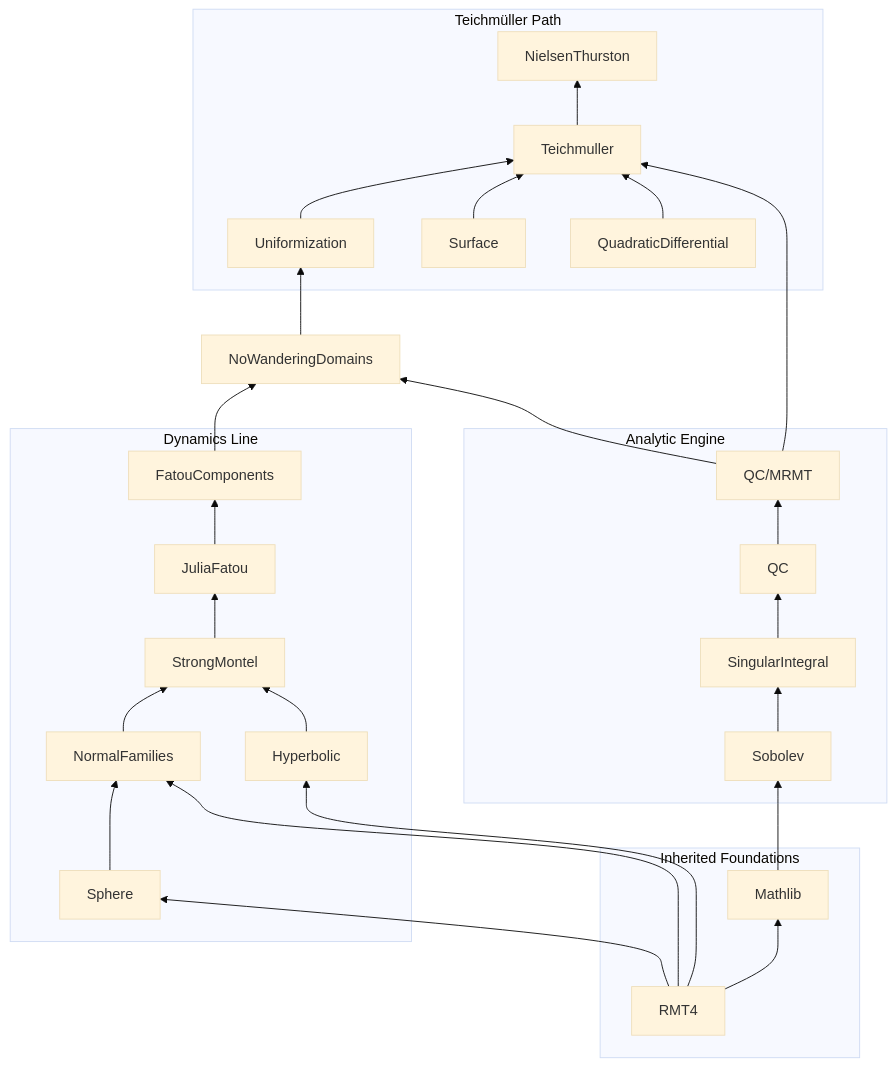
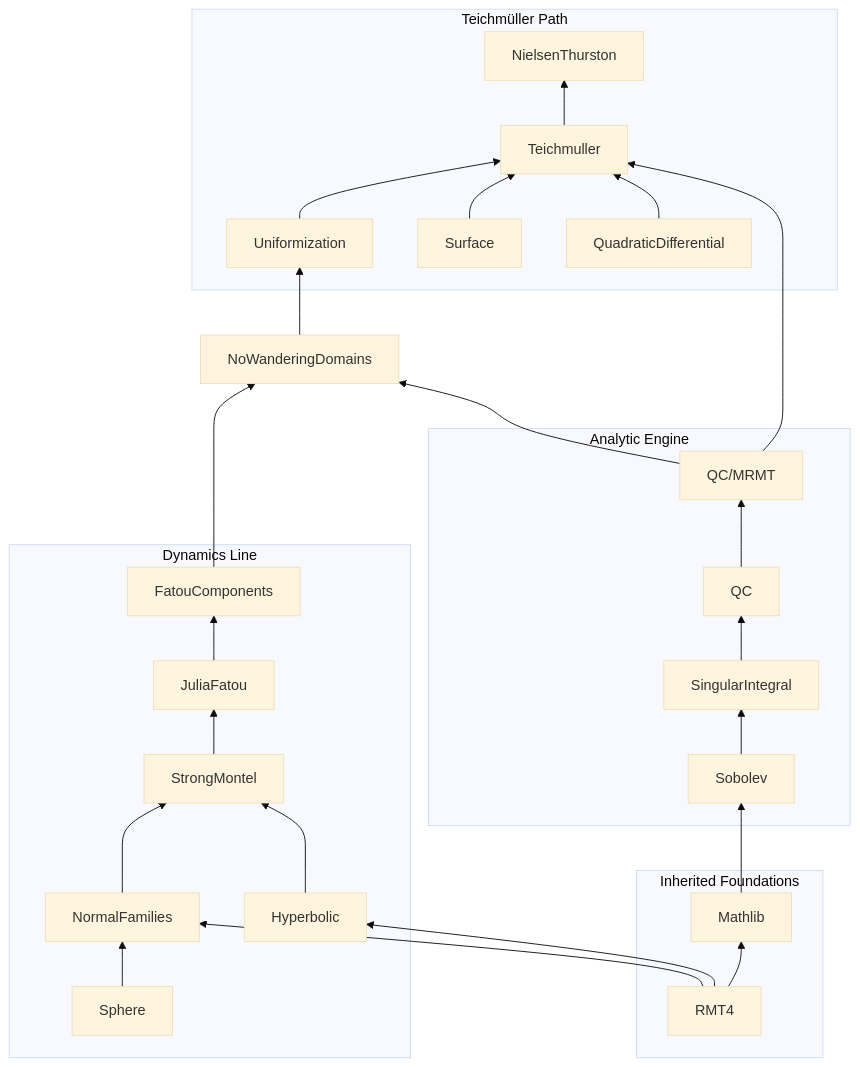
The diagram in README.md (will1491/RiemannDynamics), drawn with Mermaid (base theme) before and after one commit.

````diff
--- a/README.md
+++ b/README.md
@@ -7,59 +7,58 @@
 ```mermaid
 flowchart BT
     subgraph Foundations [Inherited Foundations]
         DirMathlib[Mathlib]
         DirRMT4[RMT4]
         DirRMT4 --> DirMathlib
     end
 
     subgraph DynamicsLine [Dynamics Line]
         DirSphere[Sphere]
         DirNF[NormalFamilies]
         DirHyp[Hyperbolic]
         DirSM[StrongMontel]
         DirJF[JuliaFatou]
         DirFC[FatouComponents]
 
         DirSphere --> DirNF
         DirNF --> DirSM
         DirHyp --> DirSM
         DirSM --> DirJF
         DirJF --> DirFC
     end
 
     subgraph AnalyticEngine [Analytic Engine]
         DirSob[Sobolev]
         DirSI[SingularIntegral]
         DirQC[QC]
         DirMRMT[QC/MRMT]
 
         DirSob --> DirSI
         DirSI --> DirQC
         DirQC --> DirMRMT
     end
 
     DirNWD[NoWanderingDomains]
     DirFC --> DirNWD
     DirMRMT --> DirNWD
 
     subgraph TeichPath [Teichmüller Path]
         DirUnif[Uniformization]
         DirSurf[Surface]
         DirTeich[Teichmuller]
         DirQD[QuadraticDifferential]
         DirNT[NielsenThurston]
 
         DirUnif --> DirTeich
         DirSurf --> DirTeich
         DirQD --> DirTeich
         DirTeich --> DirNT
     end
 
     DirNWD --> DirUnif
     DirMRMT --> DirTeich
 
-    DirRMT4 --> DirSphere
     DirRMT4 --> DirNF
     DirRMT4 --> DirHyp
     DirMathlib --> DirSob
 ```
````
